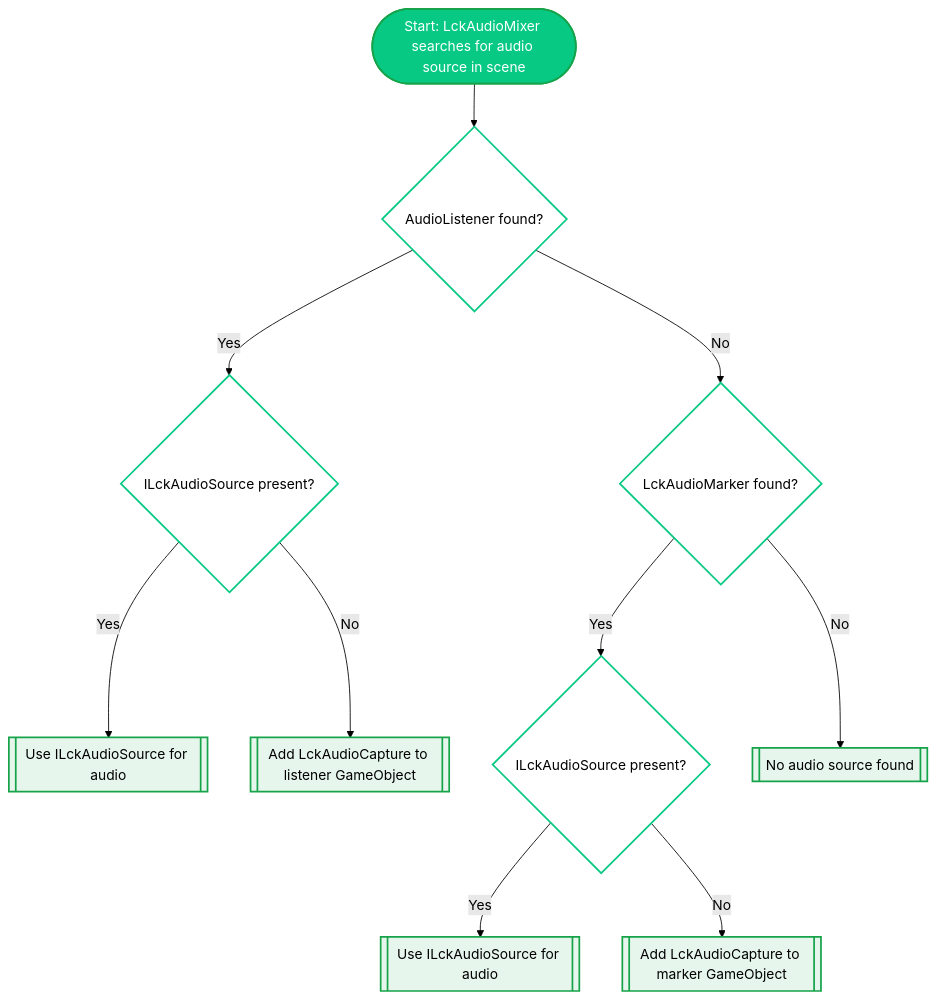
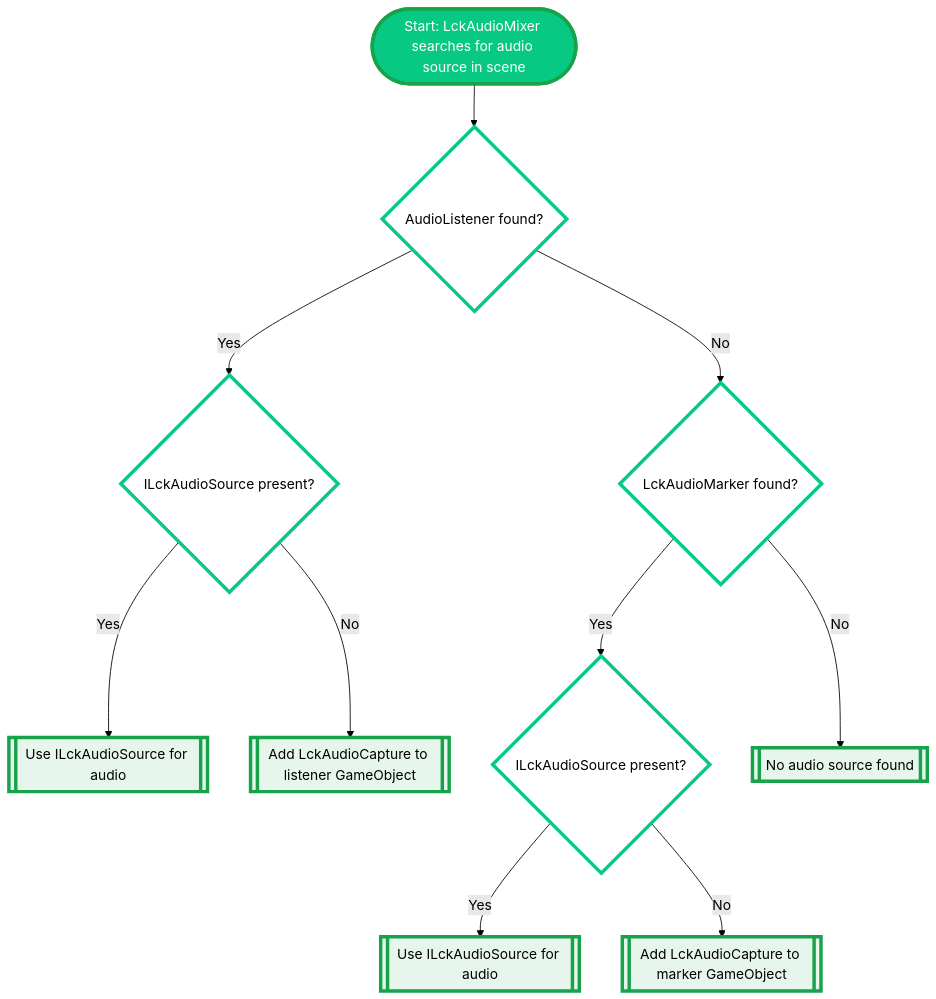
The diagram in customisation/audio.mdx (freydog-liv/docs), drawn with Mermaid (forest theme) before and after one commit.

Commit message:
Documentation edits made through Mintlify web editor

````diff
--- a/customisation/audio.mdx
+++ b/customisation/audio.mdx
@@ -13,29 +13,29 @@
 ```mermaid
 flowchart TD
     A([Start: LckAudioMixer searches for audio source in scene]) --> B{AudioListener found?}
 
     B -->|Yes| C{ILckAudioSource present?}
     C -->|Yes| D[[Use ILckAudioSource for audio]]
     C -->|No| E[[Add LckAudioCapture to listener GameObject]]
 
     B -->|No| F{LckAudioMarker found?}
     F -->|Yes| G{ILckAudioSource present?}
     G -->|Yes| H[[Use ILckAudioSource for audio]]
     G -->|No| I[[Add LckAudioCapture to marker GameObject]]
 
     F -->|No| J[[No audio source found]]
 
 
          %% Styling
-    style A fill:#07C983,stroke:#16A34A,stroke-width:2px,color:#FFFFFF
-    style B fill:#FFFFFF,stroke:#07C983,stroke-width:2px,color:#000000
-    style C fill:#FFFFFF,stroke:#07C983,stroke-width:2px,color:#000000
-    style F fill:#FFFFFF,stroke:#07C983,stroke-width:2px,color:#000000
-    style G fill:#FFFFFF,stroke:#07C983,stroke-width:2px,color:#000000
+    style A fill:#07C983,stroke:#16A34A,stroke-width:4px,color:#FFFFFF
+    style B fill:#FFFFFF,stroke:#07C983,stroke-width:4px,color:#000000
+    style C fill:#FFFFFF,stroke:#07C983,stroke-width:4px,color:#000000
+    style F fill:#FFFFFF,stroke:#07C983,stroke-width:4px,color:#000000
+    style G fill:#FFFFFF,stroke:#07C983,stroke-width:4px,color:#000000
 
-    style D fill:#E7F6ED,stroke:#16A34A,stroke-width:2px,color:#000000
-    style E fill:#E7F6ED,stroke:#16A34A,stroke-width:2px,color:#000000
-    style H fill:#E7F6ED,stroke:#16A34A,stroke-width:2px,color:#000000
-    style I fill:#E7F6ED,stroke:#16A34A,stroke-width:2px,color:#000000
-    style J fill:#E7F6ED,stroke:#16A34A,stroke-width:2px,color:#000000
+    style D fill:#E7F6ED,stroke:#16A34A,stroke-width:4px,color:#000000
+    style E fill:#E7F6ED,stroke:#16A34A,stroke-width:4px,color:#000000
+    style H fill:#E7F6ED,stroke:#16A34A,stroke-width:4px,color:#000000
+    style I fill:#E7F6ED,stroke:#16A34A,stroke-width:4px,color:#000000
+    style J fill:#E7F6ED,stroke:#16A34A,stroke-width:4px,color:#000000
 ```
````
